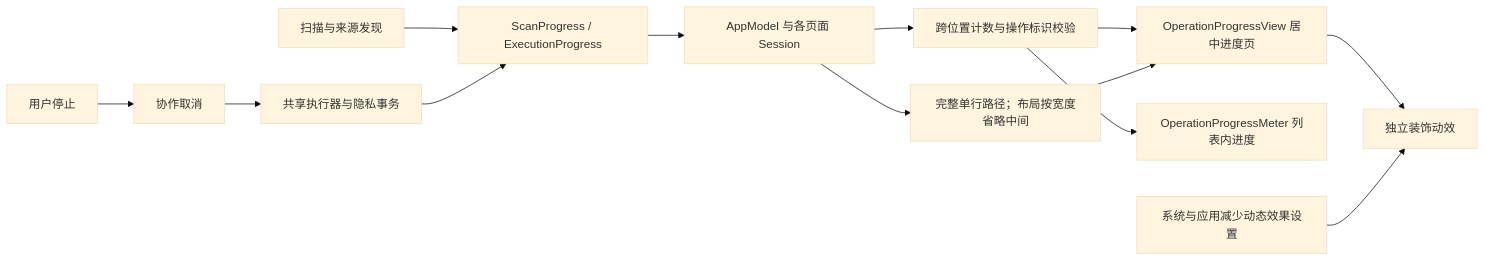
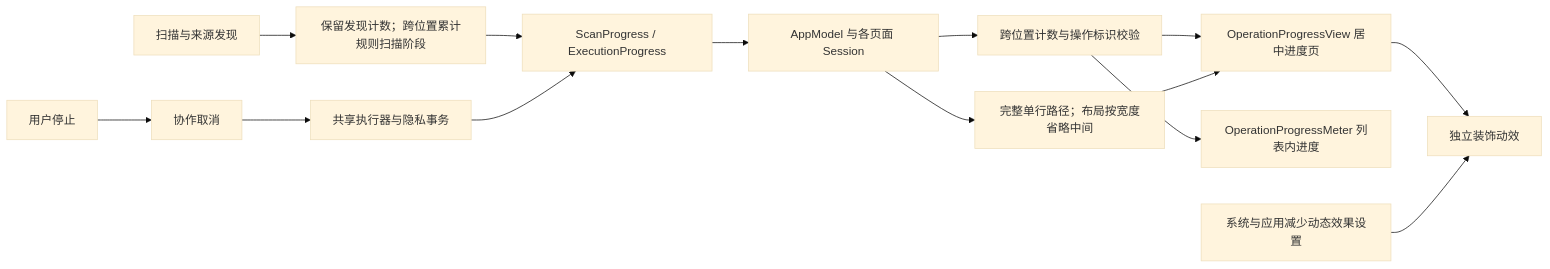
The first of 4 diagrams in docs/zh-CN/product/operation-progress.md (limecloud/shou), drawn with Mermaid (base theme) before and after one commit. The commit also changed other lines of this file and 50 other files, not shown here.

Commit message:
Release v0.8.0 with compact desktop layouts and cumulative scan progress

````diff
--- a/docs/zh-CN/product/operation-progress.md
+++ b/docs/zh-CN/product/operation-progress.md
@@ -28,15 +33,16 @@
 ```mermaid
 flowchart LR
-  Scanner[扫描与来源发现] --> Events[ScanProgress / ExecutionProgress]
+  Scanner[扫描与来源发现] --> Normalize[保留发现计数；跨位置累计规则扫描阶段]
+  Normalize --> Events[ScanProgress / ExecutionProgress]
   Executor[共享执行器与隐私事务] --> Events
   Events --> Sessions[AppModel 与各页面 Session]
   Sessions --> Aggregate[跨位置计数与操作标识校验]
   Aggregate --> Full[OperationProgressView 居中进度页]
   Aggregate --> Inline[OperationProgressMeter 列表内进度]
   Sessions --> Path[完整单行路径；布局按宽度省略中间]
   Path --> Full
   Full --> Artwork[独立装饰动效]
   Preferences[系统与应用减少动态效果设置] --> Artwork
   User[用户停止] --> Cancel[协作取消]
   Cancel --> Executor
 ```
````
